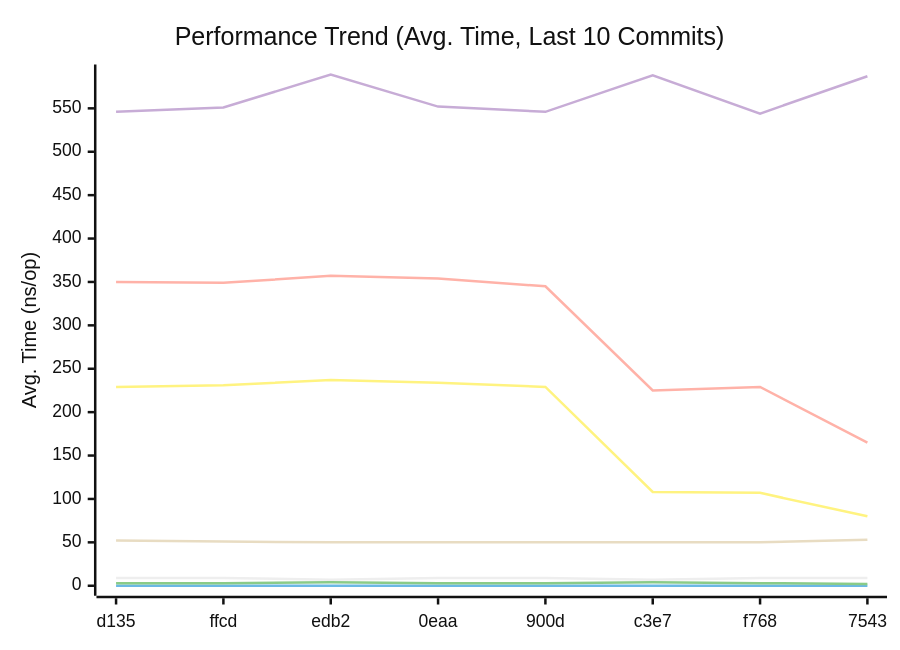
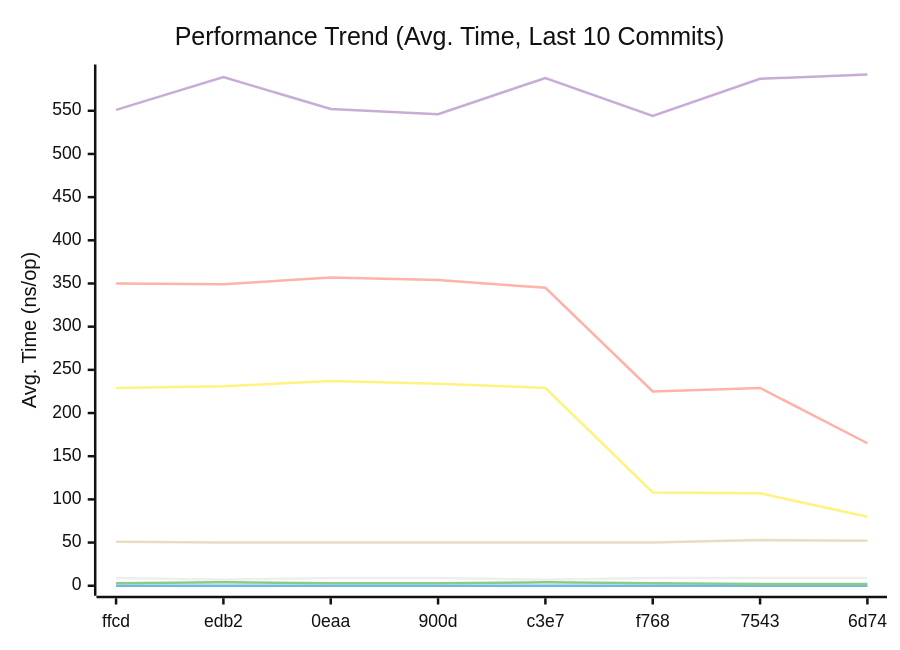
The first of 3 diagrams in docs/README.md (alsotoes/momo), drawn with Mermaid (neutral theme) before and after one commit. The commit also changed other lines of this file and 1 other file, not shown here.

````diff
--- a/docs/README.md
+++ b/docs/README.md
@@ -303,14 +303,14 @@
 ```mermaid
 xychart-beta
     title "Performance Trend (Avg. Time, Last 10 Commits)"
     x-axis "Commit"
     y-axis "Avg. Time (ns/op)"
-    x-axis [d135,ffcd,edb2,0eaa,900d,c3e7,f768,7543]
-    line "CheckMetricsAndSwap" [9,9,7,9,9,7,9,9,9,9]
+    x-axis [ffcd,edb2,0eaa,900d,c3e7,f768,7543,6d74]
+    line "CheckMetricsAndSwap" [9,7,9,9,7,9,9,9,9,9]
     line "IndexDirectTracking" [0,0,0,0,0,0,0,0,0,0]
-    line "IndexSearch" [3,3,4,3,3,4,3,2,2,3]
-    line "LoadGlobalConfig" [546,551,589,552,546,588,544,587,592,549]
-    line "PadString" [52,51,50,50,50,50,50,53,52,50]
+    line "IndexSearch" [3,4,3,3,4,3,2,2,3,3]
+    line "LoadGlobalConfig" [551,589,552,546,588,544,587,592,549,546]
+    line "PadString" [51,50,50,50,50,50,53,52,50,50]
     line "ParseReplicationOrder_NoPrealloc" [350,349,357,354,345,225,229,165,232,234]
     line "ParseReplicationOrder_Prealloc" [229,231,237,234,229,108,107,80,110,109]
 ```
````
